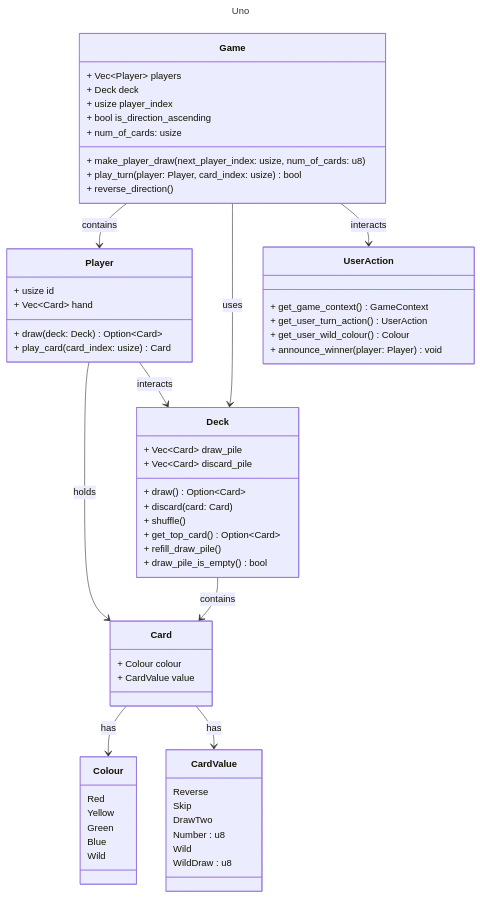
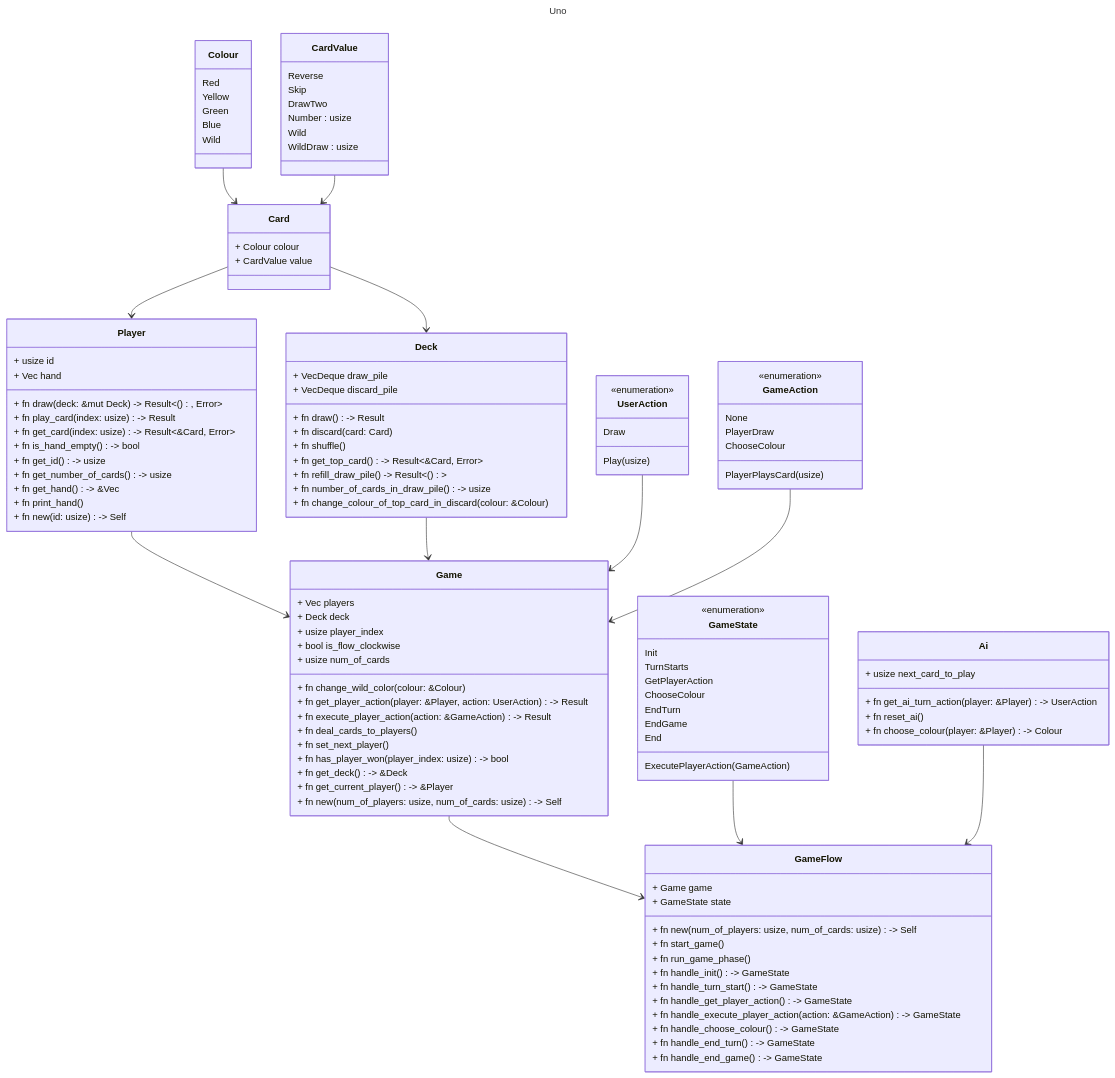
The diagram in doc/design.md (JoseAmador95/uno), drawn with Mermaid before and after one commit. The commit also changed other lines of this file, not shown here.

Commit message:
Refactored the documentation

````diff
--- a/doc/design.md
+++ b/doc/design.md
@@ -35,9 +37,9 @@
       Reverse
       Skip
       DrawTwo
-      Number : u8
+      Number : usize
       Wild
-      WildDraw : u8
+      WildDraw : usize
     }
 
     class Card {
@@ -46,47 +48,105 @@
     }
 
     class Deck {
-      + Vec~Card~ draw_pile
-      + Vec~Card~ discard_pile
-      + draw() Option~Card~
-      + discard(card: Card)
-      + shuffle()
-      + get_top_card() Option~Card~
-      + refill_draw_pile()
-      + draw_pile_is_empty() bool
+      + VecDeque<Card> draw_pile
+      + VecDeque<Card> discard_pile
+      + fn draw() -> Result<Card, Error>
+      + fn discard(card: Card)
+      + fn shuffle()
+      + fn get_top_card() -> Result<&Card, Error>
+      + fn refill_draw_pile() -> Result<()>
+      + fn number_of_cards_in_draw_pile() -> usize
+      + fn change_colour_of_top_card_in_discard(colour: &Colour)
     }
 
     class Player {
       + usize id
-      + Vec~Card~ hand
-      + draw(deck: Deck) Option~Card~
-      + play_card(card_index: usize) Card
+      + Vec<Card> hand
+      + fn draw(deck: &mut Deck) -> Result<(), Error>
+      + fn play_card(index: usize) -> Result<Card, Error>
+      + fn get_card(index: usize) -> Result<&Card, Error>
+      + fn is_hand_empty() -> bool
+      + fn get_id() -> usize
+      + fn get_number_of_cards() -> usize
+      + fn get_hand() -> &Vec<Card>
+      + fn print_hand()
+      + fn new(id: usize) -> Self
     }
 
     class Game {
-      + Vec~Player~ players
+      + Vec<Player> players
       + Deck deck
       + usize player_index
-      + bool is_direction_ascending
-      + num_of_cards: usize
-      + make_player_draw(next_player_index: usize, num_of_cards: u8)
-      + play_turn(player: Player, card_index: usize) bool
-      + reverse_direction()
+      + bool is_flow_clockwise
+      + usize num_of_cards
+      + fn change_wild_color(colour: &Colour)
+      + fn get_player_action(player: &Player, action: UserAction) -> Result<GameAction, Error>
+      + fn execute_player_action(action: &GameAction) -> Result<GameAction, Error>
+      + fn deal_cards_to_players()
+      + fn set_next_player()
+      + fn has_player_won(player_index: usize) -> bool
+      + fn get_deck() -> &Deck
+      + fn get_current_player() -> &Player
+      + fn new(num_of_players: usize, num_of_cards: usize) -> Self
     }
 
     class UserAction {
-      + get_game_context() GameContext
-      + get_user_turn_action() UserAction
-      + get_user_wild_colour() Colour
-      + announce_winner(player: Player) void
+      <<enumeration>>
+      Draw
+      Play(usize)
     }
 
-    Card --> Colour : has
-    Card --> CardValue : has
-    Deck --> Card : contains
-    Player --> Card : holds
-    Player --> Deck : interacts
-    Game --> Player : contains
-    Game --> Deck : uses
-    Game --> UserAction : interacts
+    class GameAction {
+      <<enumeration>>
+      None
+      PlayerDraw
+      PlayerPlaysCard(usize)
+      ChooseColour
+    }
+
+    class GameFlow {
+      + Game game
+      + GameState state
+      + fn new(num_of_players: usize, num_of_cards: usize) -> Self
+      + fn start_game()
+      + fn run_game_phase()
+      + fn handle_init() -> GameState
+      + fn handle_turn_start() -> GameState
+      + fn handle_get_player_action() -> GameState
+      + fn handle_execute_player_action(action: &GameAction) -> GameState
+      + fn handle_choose_colour() -> GameState
+      + fn handle_end_turn() -> GameState
+      + fn handle_end_game() -> GameState
+    }
+
+    class GameState {
+      <<enumeration>>
+      Init
+      TurnStarts
+      GetPlayerAction
+      ExecutePlayerAction(GameAction)
+      ChooseColour
+      EndTurn
+      EndGame
+      End
+    }
+
+    class Ai {
+      + usize next_card_to_play
+      + fn get_ai_turn_action(player: &Player) -> UserAction
+      + fn reset_ai()
+      + fn choose_colour(player: &Player) -> Colour
+    }
+
+    Colour --> Card
+    CardValue --> Card
+    Card --> Deck
+    Card --> Player
+    Player --> Game
+    Deck --> Game
+    UserAction --> Game
+    GameAction --> Game
+    Game --> GameFlow
+    GameState --> GameFlow
+    Ai --> GameFlow
 ```
````
